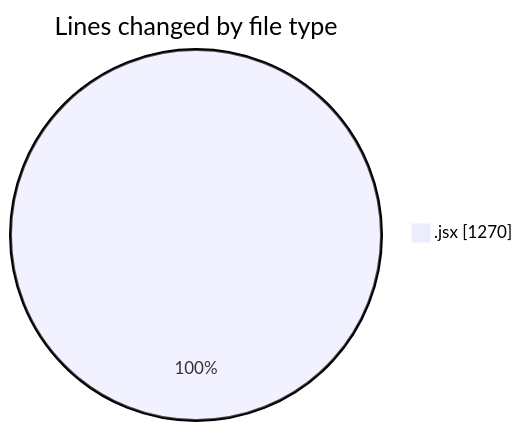
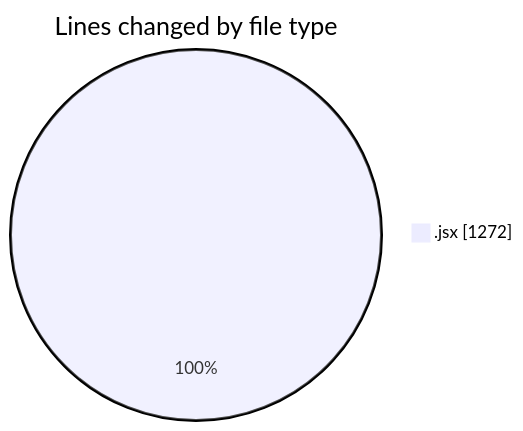
One commit to nxtqubesakshisongat/code-tracking changed the first of 2 diagrams in 2025-05-19/nxtqube_webapp/README.md. Above: the diagram before and after it, drawn with Mermaid. The commit also changed other lines of this file and 1 other file, not shown here.

````diff
--- a/2025-05-19/nxtqube_webapp/README.md
+++ b/2025-05-19/nxtqube_webapp/README.md
@@ -22,5 +22,5 @@
 ```mermaid
 pie showData
 title Lines changed by file type
-".jsx" : 1270
+".jsx" : 1272
 ```
````
